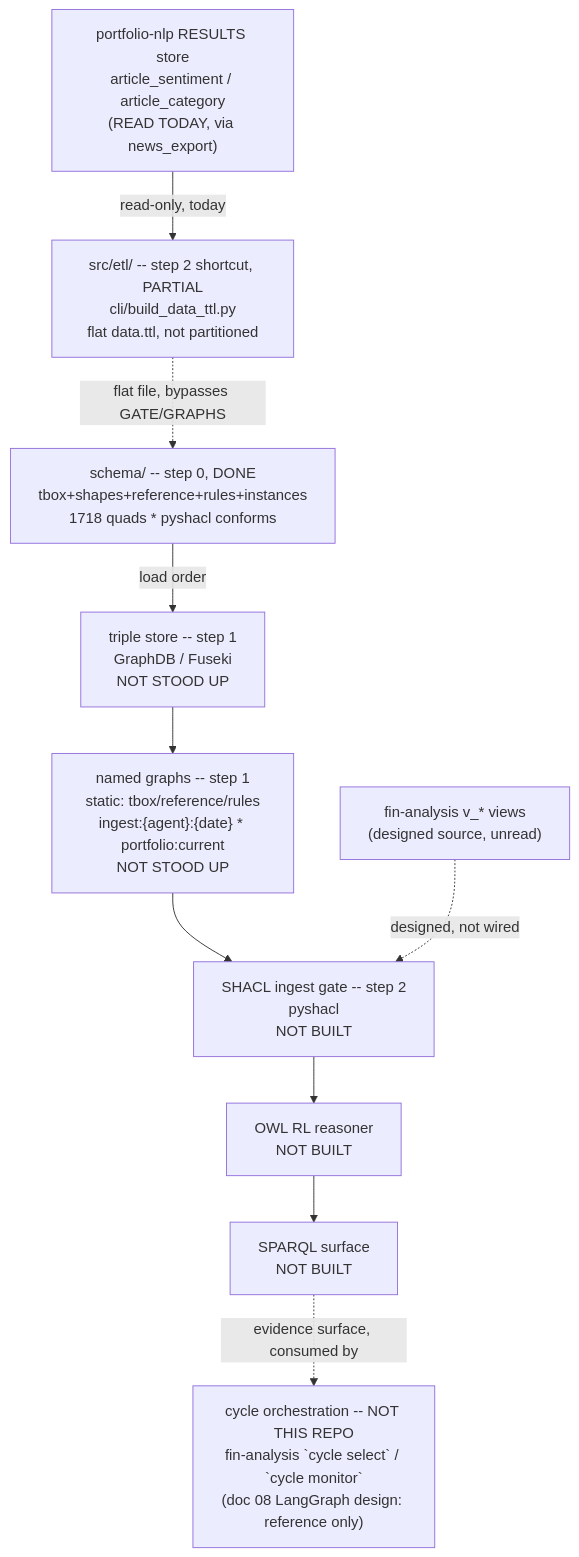
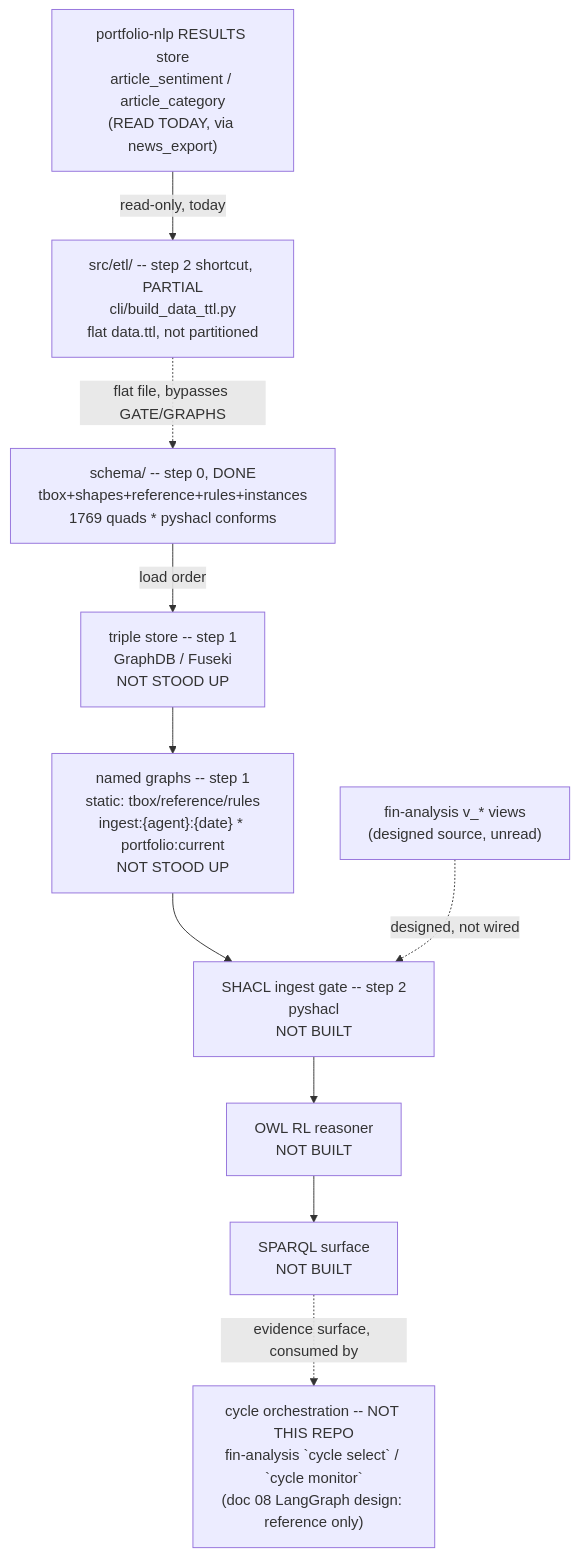
One commit to gamug/portfolio-knowledge-graph changed the diagram in .specify/memory/SPEC.md. Above: the diagram before and after it, drawn with Mermaid. The commit also changed other lines of this file and 9 other files, not shown here.

Commit message:
feat(schema): model veto stints and the T-1 active-at-cutoff predicate (T-102)

````diff
--- a/.specify/memory/SPEC.md
+++ b/.specify/memory/SPEC.md
@@ -298,20 +298,20 @@
 ```mermaid
 flowchart TB
-    SCHEMA["schema/ -- step 0, DONE<br/>tbox+shapes+reference+rules+instances<br/>1718 quads * pyshacl conforms"]
+    SCHEMA["schema/ -- step 0, DONE<br/>tbox+shapes+reference+rules+instances<br/>1769 quads * pyshacl conforms"]
     STORE["triple store -- step 1<br/>GraphDB / Fuseki<br/>NOT STOOD UP"]
     GRAPHS["named graphs -- step 1<br/>static: tbox/reference/rules<br/>ingest:{agent}:{date} * portfolio:current<br/>NOT STOOD UP"]
     GATE["SHACL ingest gate -- step 2<br/>pyshacl<br/>NOT BUILT"]
     FIN["fin-analysis v_* views<br/>(designed source, unread)"]
     NLPRES["portfolio-nlp RESULTS store<br/>article_sentiment / article_category<br/>(READ TODAY, via news_export)"]
     ETL["src/etl/ -- step 2 shortcut, PARTIAL<br/>cli/build_data_ttl.py<br/>flat data.ttl, not partitioned"]
     REASON["OWL RL reasoner<br/>NOT BUILT"]
     SPARQL["SPARQL surface<br/>NOT BUILT"]
     AGENTS["cycle orchestration -- NOT THIS REPO<br/>fin-analysis `cycle select` / `cycle monitor`<br/>(doc 08 LangGraph design: reference only)"]
 
     SCHEMA -->|load order| STORE --> GRAPHS --> GATE
     FIN -.->|designed, not wired| GATE
     NLPRES -->|read-only, today| ETL
     ETL -.->|flat file, bypasses GATE/GRAPHS| SCHEMA
     GATE --> REASON --> SPARQL
     SPARQL -.->|evidence surface, consumed by| AGENTS
 ```
````
